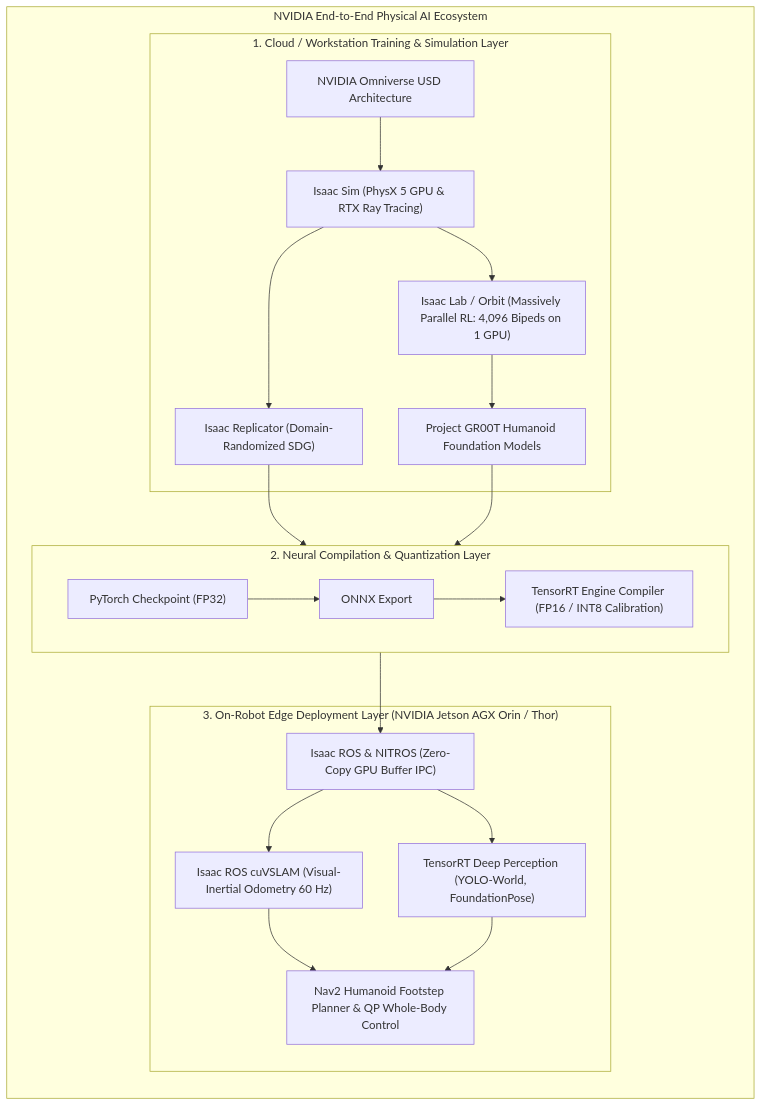
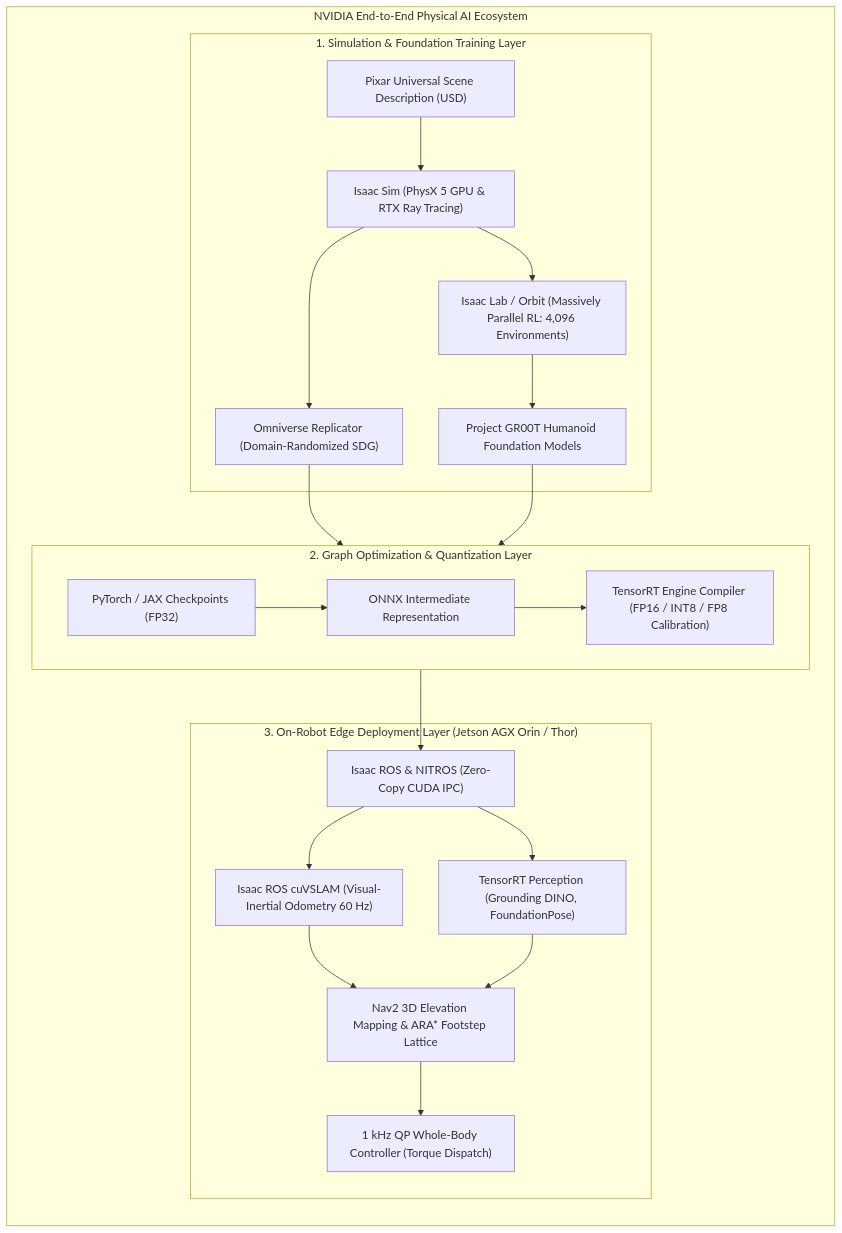
Before and after one commit to MudassirT/Physical-AI-Humanoid-Robotics: the first of 2 diagrams in ai-book-docs/module3-ai-robot-brain/3-1-introduction-to-isaac-platform.mdx, drawn with Mermaid. The commit also changed other lines of this file and 2 other files, not shown here.

Commit message:
docs(module3): expand Isaac platform foundation, Isaac Sim humanoids, and perception

````diff
--- a/ai-book-docs/module3-ai-robot-brain/3-1-introduction-to-isaac-platform.mdx
+++ b/ai-book-docs/module3-ai-robot-brain/3-1-introduction-to-isaac-platform.mdx
@@ -12,33 +16,35 @@
 ```mermaid
 flowchart TD
     subgraph IsaacEcosystem["NVIDIA End-to-End Physical AI Ecosystem"]
         direction TB
 
-        subgraph CloudCompute["1. Cloud / Workstation Training & Simulation Layer"]
-            Omniverse["NVIDIA Omniverse USD Architecture"] --> IsaacSim["Isaac Sim (PhysX 5 GPU & RTX Ray Tracing)"]
-            IsaacSim --> Replicator["Isaac Replicator (Domain-Randomized SDG)"]
-            IsaacSim --> IsaacLab["Isaac Lab / Orbit (Massively Parallel RL: 4,096 Bipeds on 1 GPU)"]
+        subgraph CloudCompute["1. Simulation & Foundation Training Layer"]
+            Omniverse["Pixar Universal Scene Description (USD)"] --> IsaacSim["Isaac Sim (PhysX 5 GPU & RTX Ray Tracing)"]
+            IsaacSim --> Replicator["Omniverse Replicator (Domain-Randomized SDG)"]
+            IsaacSim --> IsaacLab["Isaac Lab / Orbit (Massively Parallel RL: 4,096 Environments)"]
             IsaacLab --> GR00T["Project GR00T Humanoid Foundation Models"]
         end
 
-        subgraph ModelOptimization["2. Neural Compilation & Quantization Layer"]
-            PyTorch["PyTorch Checkpoint (FP32)"] --> ONNX["ONNX Export"]
-            ONNX --> TensorRT["TensorRT Engine Compiler (FP16 / INT8 Calibration)"]
+        subgraph ModelOptimization["2. Graph Optimization & Quantization Layer"]
+            PyTorch["PyTorch / JAX Checkpoints (FP32)"] --> ONNX["ONNX Intermediate Representation"]
+            ONNX --> TensorRT["TensorRT Engine Compiler (FP16 / INT8 / FP8 Calibration)"]
         end
 
-        subgraph EdgeDeployment["3. On-Robot Edge Deployment Layer (NVIDIA Jetson AGX Orin / Thor)"]
-            NITROS["Isaac ROS & NITROS (Zero-Copy GPU Buffer IPC)"]
+        subgraph EdgeDeployment["3. On-Robot Edge Deployment Layer (Jetson AGX Orin / Thor)"]
+            NITROS["Isaac ROS & NITROS (Zero-Copy CUDA IPC)"]
             cuVSLAM["Isaac ROS cuVSLAM (Visual-Inertial Odometry 60 Hz)"]
-            TensorRTInference["TensorRT Deep Perception (YOLO-World, FoundationPose)"]
-            Nav2Biped["Nav2 Humanoid Footstep Planner & QP Whole-Body Control"]
+            TensorRTInference["TensorRT Perception (Grounding DINO, FoundationPose)"]
+            Nav2Biped["Nav2 3D Elevation Mapping & ARA* Footstep Lattice"]
+            WBC["1 kHz QP Whole-Body Controller (Torque Dispatch)"]
         end
     end
 
     Replicator --> ModelOptimization
     GR00T --> ModelOptimization
     ModelOptimization --> NITROS
     NITROS --> cuVSLAM
     NITROS --> TensorRTInference
     cuVSLAM --> Nav2Biped
     TensorRTInference --> Nav2Biped
+    Nav2Biped --> WBC
 ```
````
